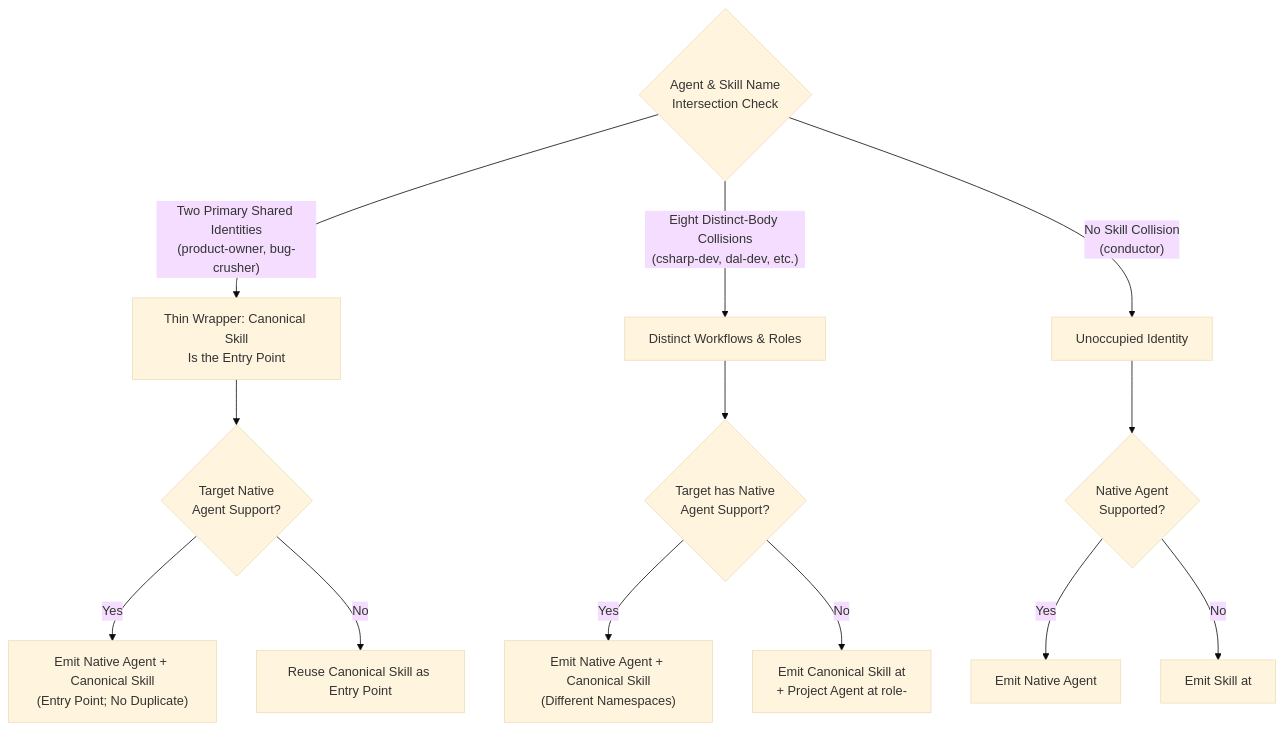
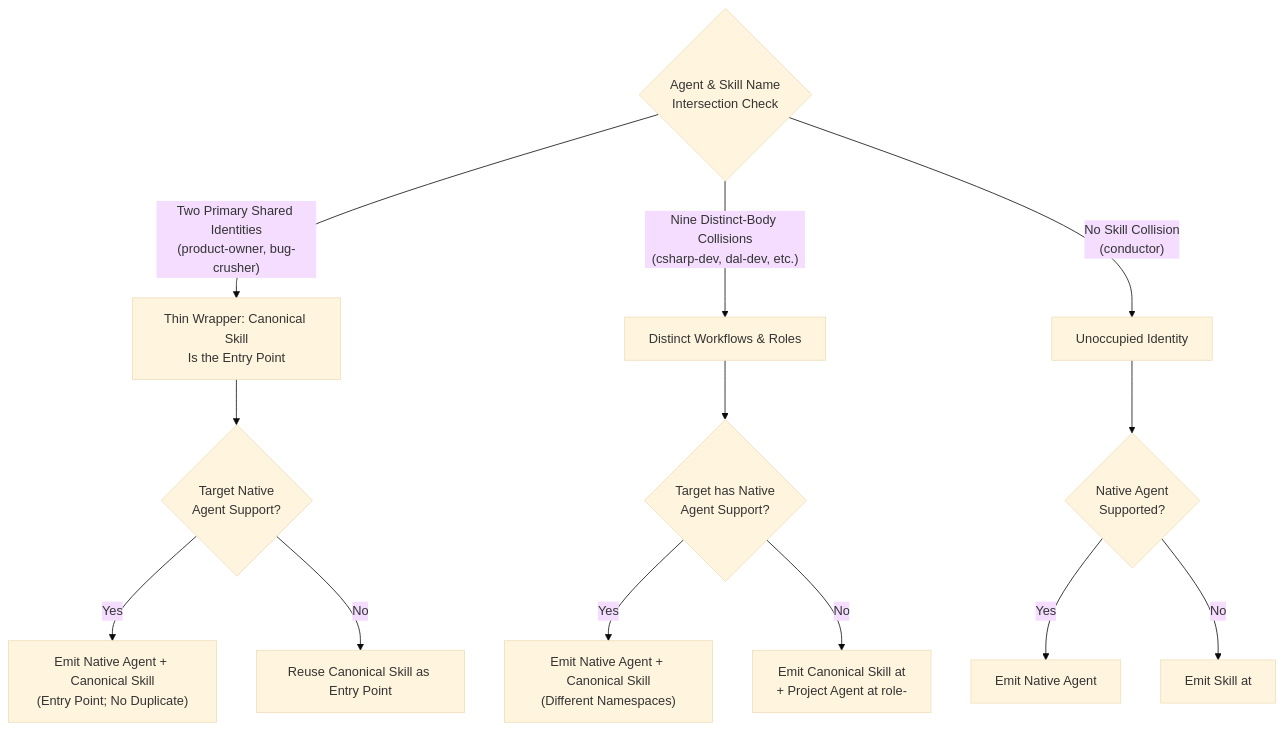
Before and after one commit to dpalfery/kyber-weave: the third of 6 diagrams in docs/kyber-squad/architecture.md, drawn with Mermaid (base theme). The commit also changed other lines of this file and 34 other files, not shown here.

````diff
--- a/docs/kyber-squad/architecture.md
+++ b/docs/kyber-squad/architecture.md
@@ -153,20 +153,20 @@
 ```mermaid
 flowchart TD
     Intersection{"Agent & Skill Name\nIntersection Check"}
 
     Intersection -->|"Two Primary Shared Identities\n(product-owner, bug-crusher)"| SharedPath["Thin Wrapper: Canonical Skill\nIs the Entry Point"]
-    Intersection -->|"Eight Distinct-Body Collisions\n(csharp-dev, dal-dev, etc.)"| CollisionPath["Distinct Workflows & Roles"]
+    Intersection -->|"Nine Distinct-Body Collisions\n(csharp-dev, dal-dev, etc.)"| CollisionPath["Distinct Workflows & Roles"]
     Intersection -->|"No Skill Collision\n(conductor)"| UnoccupiedPath["Unoccupied Identity"]
 
     SharedPath --> SharedCheck{"Target Native\nAgent Support?"}
     SharedCheck -->|"Yes"| SharedNative["Emit Native Agent + Canonical Skill\n(Entry Point; No Duplicate)"]
     SharedCheck -->|"No"| SharedLower["Reuse Canonical Skill as Entry Point"]
 
     CollisionPath --> FallbackCheck{"Target has Native\nAgent Support?"}
     FallbackCheck -->|"Yes"| NativeBoth["Emit Native Agent + Canonical Skill\n(Different Namespaces)"]
     FallbackCheck -->|"No"| LowerPrefixed["Emit Canonical Skill at <name>\n+ Project Agent at role-<name>"]
 
     UnoccupiedPath --> UnoccupiedCheck{"Native Agent\nSupported?"}
     UnoccupiedCheck -->|"Yes"| NativeAgent["Emit Native Agent"]
     UnoccupiedCheck -->|"No"| LowerDirect["Emit Skill at <name>"]
 ```
````
